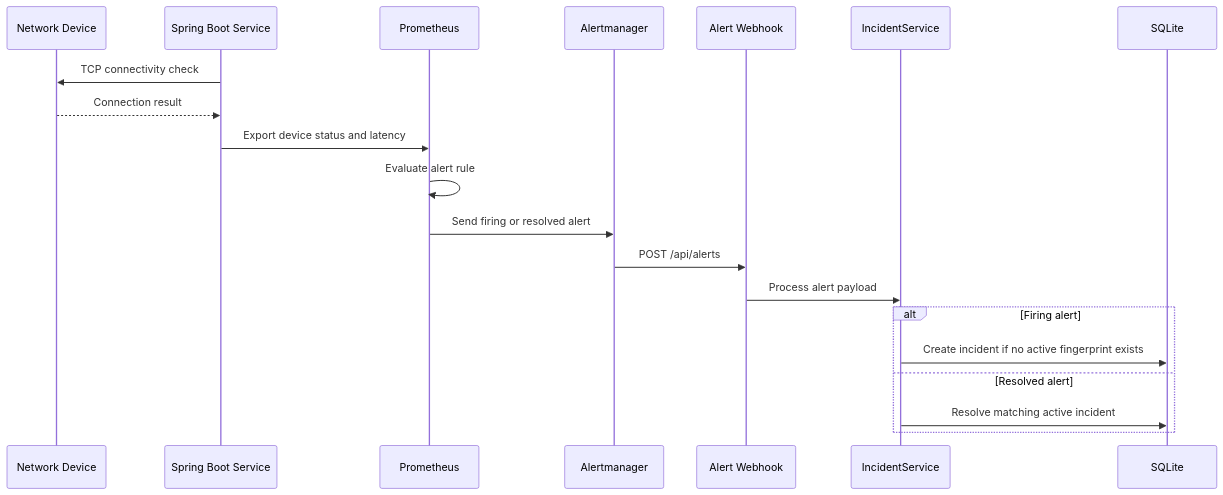
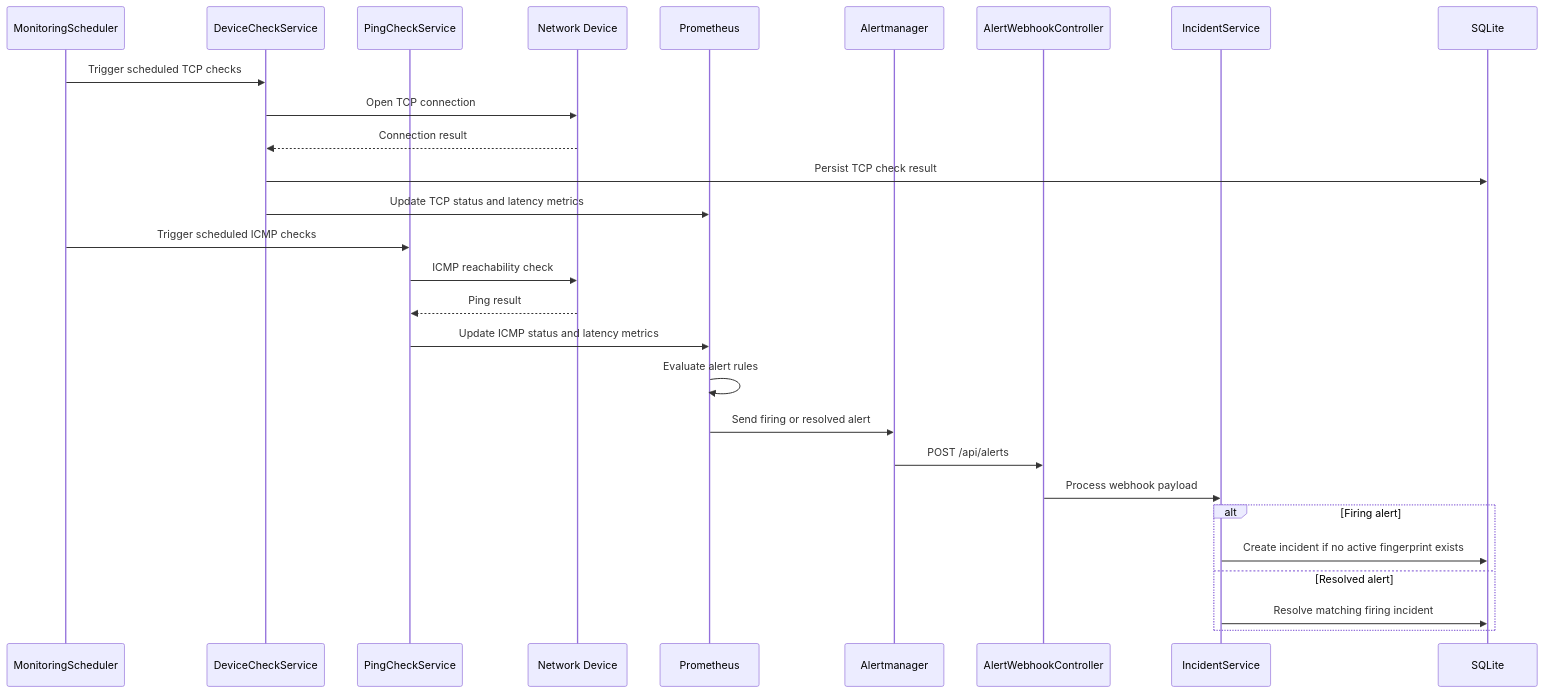
One commit to Inkzxd/Netzwerk-Monitoring-Dashboard-mit-Automatisierung changed the third of 6 diagrams in docs/architecture.md. Above: the diagram before and after it, drawn with Mermaid. The commit also changed other lines of this file and 9 other files, not shown here.

````diff
--- a/docs/architecture.md
+++ b/docs/architecture.md
@@ -72,24 +94,34 @@
 ```mermaid
 sequenceDiagram
+    participant Scheduler as MonitoringScheduler
+    participant TCP as DeviceCheckService
+    participant ICMP as PingCheckService
     participant Device as Network Device
-    participant App as Spring Boot Service
     participant Prom as Prometheus
     participant AM as Alertmanager
-    participant Webhook as Alert Webhook
+    participant Webhook as AlertWebhookController
     participant Incident as IncidentService
     participant DB as SQLite
 
-    App->>Device: TCP connectivity check
-    Device-->>App: Connection result
-    App->>Prom: Export device status and latency
-    Prom->>Prom: Evaluate alert rule
+    Scheduler->>TCP: Trigger scheduled TCP checks
+    TCP->>Device: Open TCP connection
+    Device-->>TCP: Connection result
+    TCP->>DB: Persist TCP check result
+    TCP->>Prom: Update TCP status and latency metrics
+
+    Scheduler->>ICMP: Trigger scheduled ICMP checks
+    ICMP->>Device: ICMP reachability check
+    Device-->>ICMP: Ping result
+    ICMP->>Prom: Update ICMP status and latency metrics
+
+    Prom->>Prom: Evaluate alert rules
     Prom->>AM: Send firing or resolved alert
     AM->>Webhook: POST /api/alerts
-    Webhook->>Incident: Process alert payload
+    Webhook->>Incident: Process webhook payload
 
     alt Firing alert
         Incident->>DB: Create incident if no active fingerprint exists
     else Resolved alert
-        Incident->>DB: Resolve matching active incident
+        Incident->>DB: Resolve matching firing incident
     end
 ```
````
